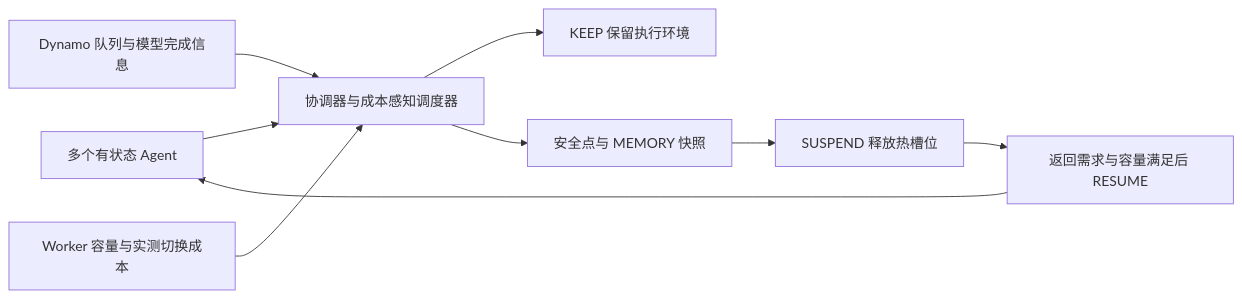
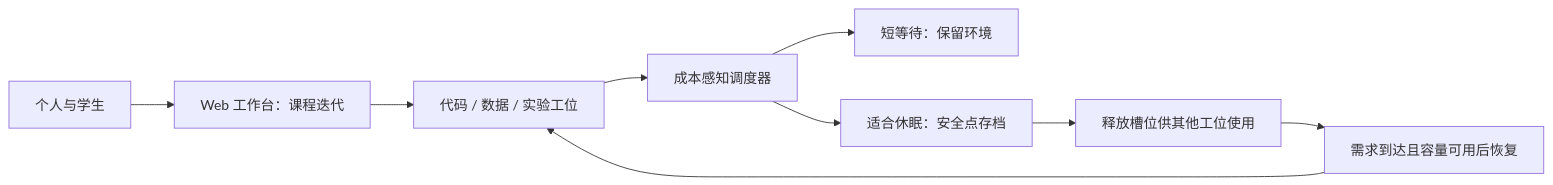
One commit to lilong555/agentcloud-course changed the diagram in README.md. Above: the diagram before and after it, drawn with Mermaid. The commit also changed other lines of this file and 6 other files, not shown here.

````diff
--- a/README.md
+++ b/README.md
@@ -30,11 +40,11 @@
 ```mermaid
 flowchart LR
-    A[多个有状态 Agent] --> C[协调器与成本感知调度器]
-    D[Dynamo 队列与模型完成信息] --> C
-    W[Worker 容量与实测切换成本] --> C
-    C --> K[KEEP 保留执行环境]
-    C --> S[安全点与 MEMORY 快照]
-    S --> P[SUSPEND 释放热槽位]
-    P --> R[返回需求与容量满足后 RESUME]
+    U[个人与学生] --> W[Web 工作台：课程迭代]
+    W --> A[代码 / 数据 / 实验工位]
+    A --> C[成本感知调度器]
+    C --> K[短等待：保留环境]
+    C --> S[适合休眠：安全点存档]
+    S --> P[释放槽位供其他工位使用]
+    P --> R[需求到达且容量可用后恢复]
     R --> A
 ```
````
